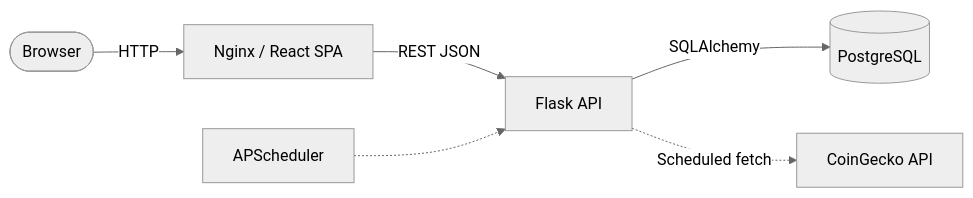
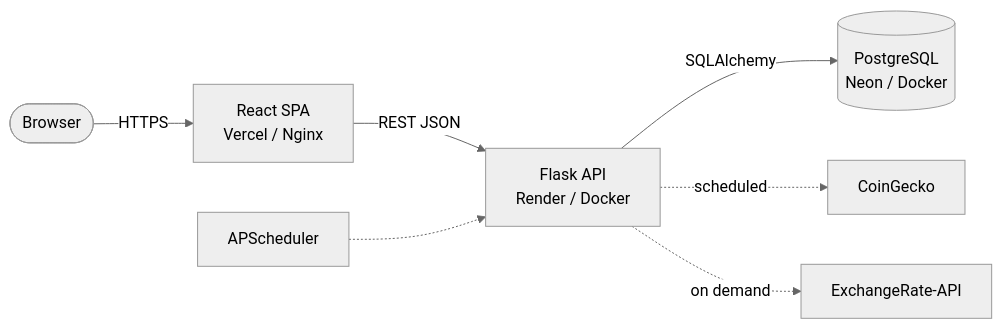
The diagram in README.md (PeterXMR/vexlconverter), drawn with Mermaid (neutral theme) before and after one commit. The commit also changed other lines of this file, not shown here.

````diff
--- a/README.md
+++ b/README.md
@@ -31,8 +31,9 @@
 ```mermaid
 flowchart LR
-  User([Browser]) -->|HTTP| Nginx[Nginx / React SPA]
-  Nginx -->|REST JSON| Flask[Flask API]
-  Flask -->|SQLAlchemy| PG[(PostgreSQL)]
-  Flask -.->|Scheduled fetch| CG[CoinGecko API]
-  APS[APScheduler] -.-> Flask
+  User([Browser]) -->|HTTPS| SPA[React SPA<br/>Vercel / Nginx]
+  SPA -->|REST JSON| API[Flask API<br/>Render / Docker]
+  API -->|SQLAlchemy| PG[(PostgreSQL<br/>Neon / Docker)]
+  API -.->|scheduled| CG[CoinGecko]
+  API -.->|on demand| ER[ExchangeRate-API]
+  APS[APScheduler] -.-> API
 ```
````
